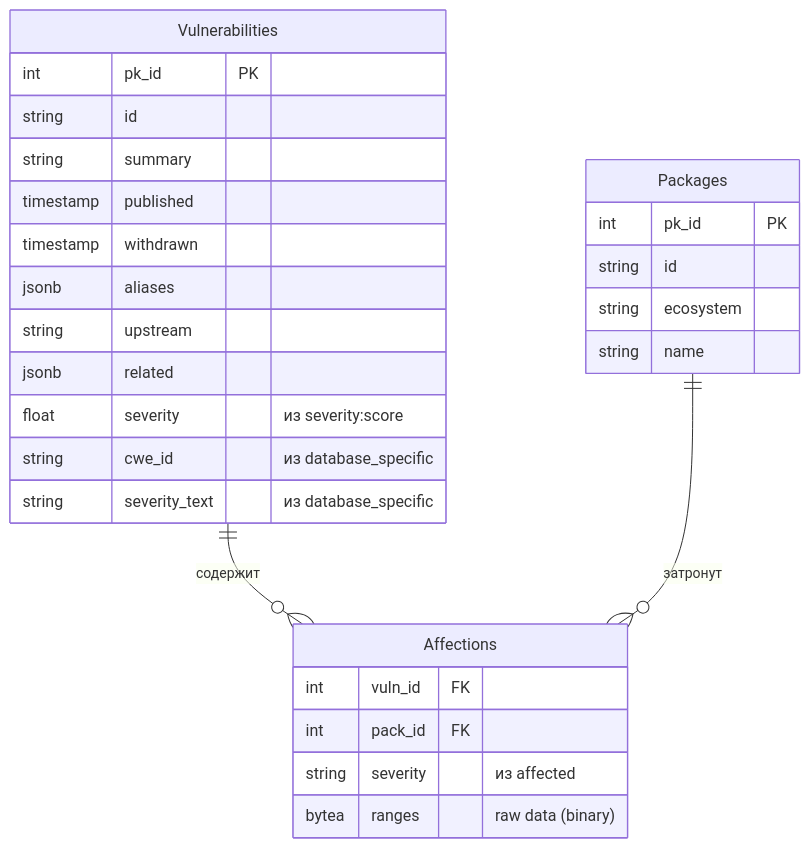
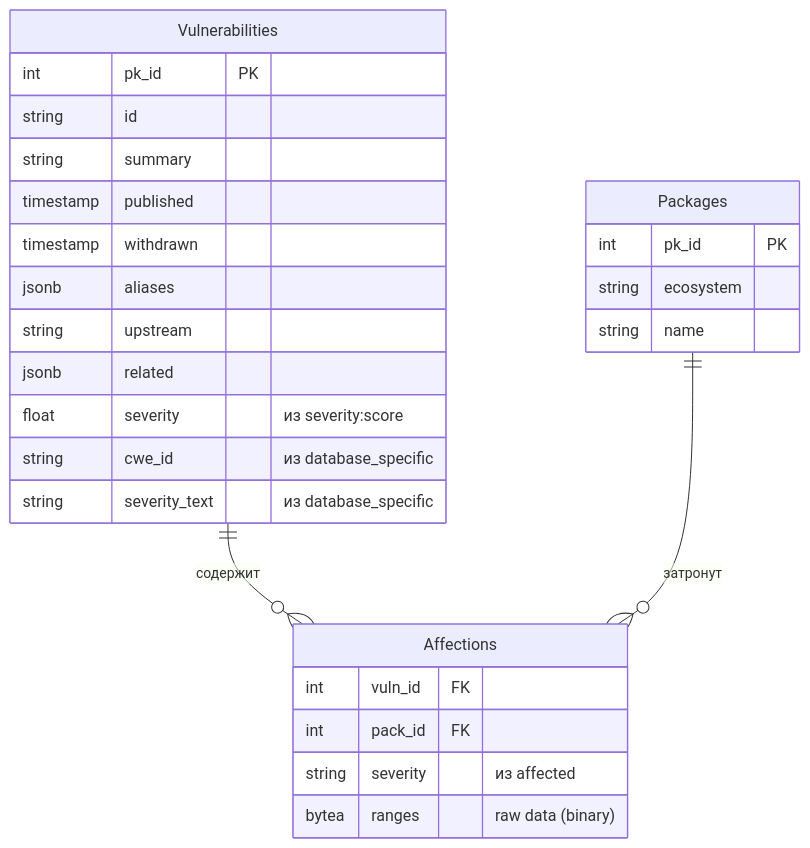
Before and after one commit to sstar1475/ai360_osv_insights: the diagram in db_req.mmd, drawn with Mermaid.

```diff
--- a/db_req.mmd
+++ b/db_req.mmd
@@ -1,31 +1,30 @@
 erDiagram
     Vulnerabilities ||--o{ Affections : "содержит"
     Packages ||--o{ Affections : "затронут"
 
     Vulnerabilities {
         int pk_id PK
         string id
         string summary
         timestamp published
         timestamp withdrawn
         jsonb aliases
         string upstream
         jsonb related
         float severity "из severity:score"
         string cwe_id "из database_specific"
         string severity_text "из database_specific"
     }
 
     Packages {
         int pk_id PK
-        string id
         string ecosystem
         string name
     }
 
     Affections {
         int vuln_id FK
         int pack_id FK
         string severity "из affected"
         bytea ranges "raw data (binary)"
     }
```
